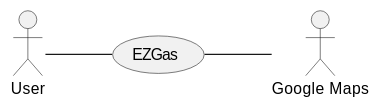
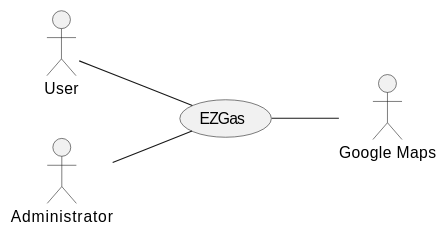
The first of 4 diagrams in REQ_s280113.md (SoftengPoliTo/Lab2), drawn with PlantUML before and after one commit. The commit also changed other lines of this file, not shown here.

Commit message:
add Administrator and functional requirements for him

````diff
--- a/REQ_s280113.md
+++ b/REQ_s280113.md
@@ -43,7 +44,9 @@
 ```plantuml
 left to right direction
 actor User as u
+actor Administrator as a
 actor "Google Maps" as gm
 u -- (EZGas)
+a -- (EZGas)
 (EZGas) -- gm
 ```
````
